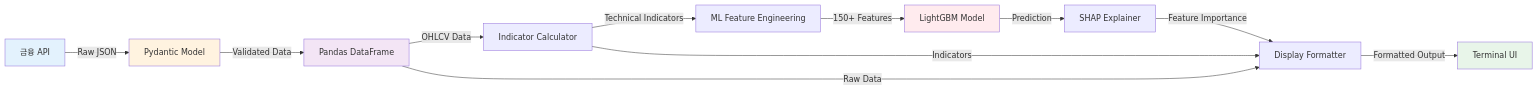
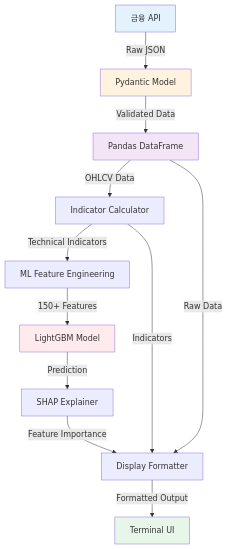
Before and after one commit to gyuha/investment-open-source-analysis: the third of 4 diagrams in report/cluefin/report-claude-code-sonnet.md, drawn with Mermaid. The commit also changed other lines of this file and 2 other files, not shown here.

Commit message:
Mermaid 다이어그램 방향을 수정하여 가독성 향상

````diff
--- a/report/cluefin/report-claude-code-sonnet.md
+++ b/report/cluefin/report-claude-code-sonnet.md
@@ -516,19 +516,19 @@
 ```mermaid
-flowchart LR
+flowchart TB
     A[금융 API] -->|Raw JSON| B[Pydantic Model]
     B -->|Validated Data| C[Pandas DataFrame]
     C -->|OHLCV Data| D[Indicator Calculator]
     D -->|Technical Indicators| E[ML Feature Engineering]
     E -->|150+ Features| F[LightGBM Model]
     F -->|Prediction| G[SHAP Explainer]
     G -->|Feature Importance| H[Display Formatter]
     C -->|Raw Data| H
     D -->|Indicators| H
     H -->|Formatted Output| I[Terminal UI]
 
     style A fill:#e3f2fd
     style B fill:#fff3e0
     style C fill:#f3e5f5
     style F fill:#ffebee
     style I fill:#e8f5e9
 ```
````
